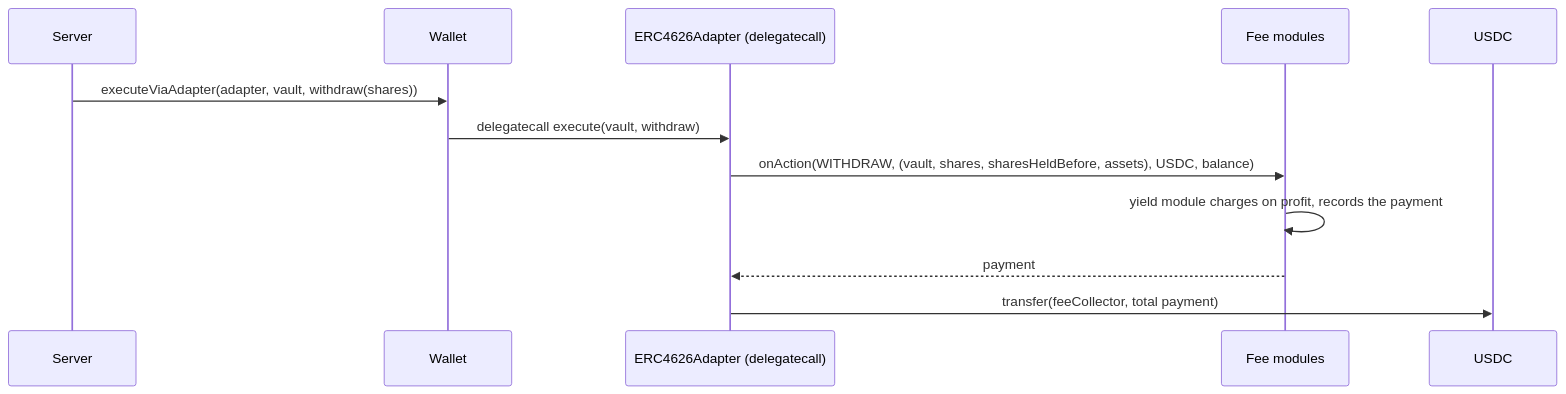
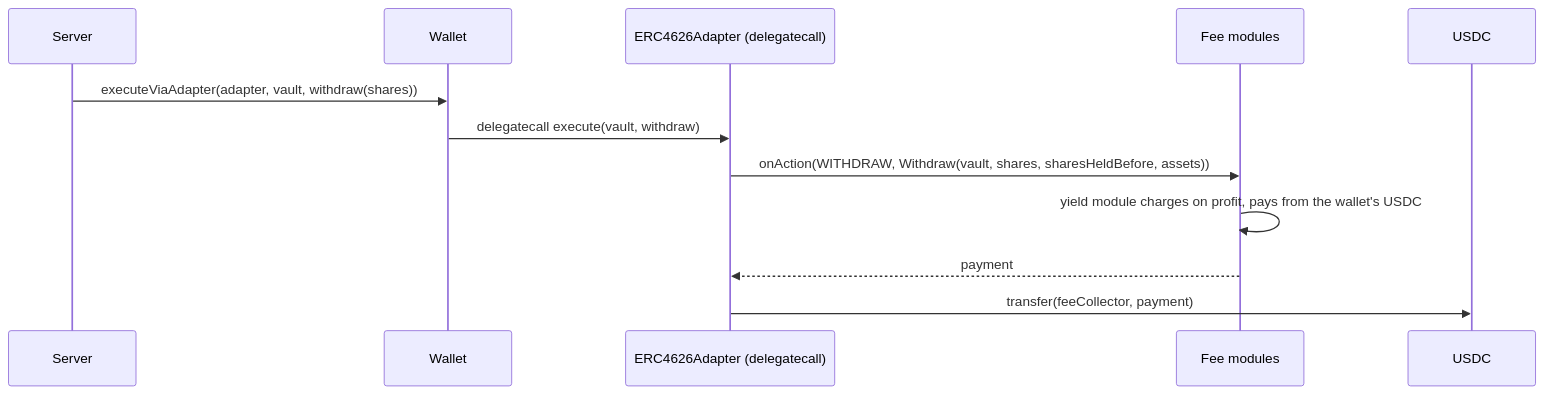
One commit to tokenpage/yieldseeker-contracts changed the fifth of 6 diagrams in README.md. Above: the diagram before and after it, drawn with Mermaid. The commit also changed other lines of this file and 49 other files, not shown here.

Commit message:
Fees: fixed per-fee-type plans set at wallet creation; typed FeeActions structs; onAction(action, data); tracksToken/feesHeld

````diff
--- a/README.md
+++ b/README.md
@@ -716,15 +720,15 @@
 ```mermaid
 sequenceDiagram
     participant Server
     participant Wallet
     participant Adapter as ERC4626Adapter (delegatecall)
     participant Modules as Fee modules
     participant USDC
 
     Server->>Wallet: executeViaAdapter(adapter, vault, withdraw(shares))
     Wallet->>Adapter: delegatecall execute(vault, withdraw)
-    Adapter->>Modules: onAction(WITHDRAW, (vault, shares, sharesHeldBefore, assets), USDC, balance)
-    Modules->>Modules: yield module charges on profit, records the payment
+    Adapter->>Modules: onAction(WITHDRAW, Withdraw(vault, shares, sharesHeldBefore, assets))
+    Modules->>Modules: yield module charges on profit, pays from the wallet's USDC
     Modules-->>Adapter: payment
-    Adapter->>USDC: transfer(feeCollector, total payment)
+    Adapter->>USDC: transfer(feeCollector, payment)
 ```
````
